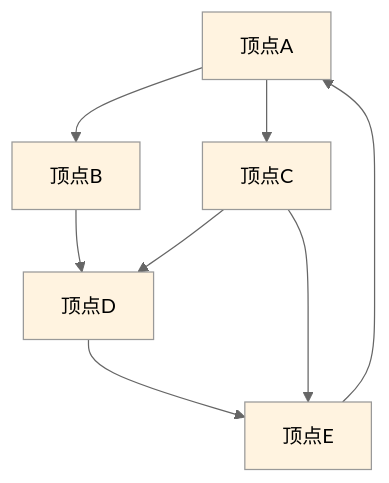
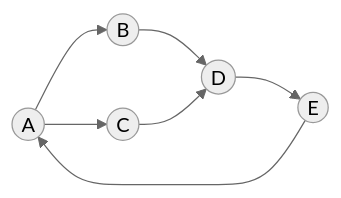
The fifth of 7 diagrams in 00.通用技术的提升/08.数据结构算法/02.数据结构设计思想.md (chongyang211/YCBookBlog), drawn with Mermaid (neutral theme) before and after one commit. The commit also changed other lines of this file and 194 other files, not shown here.

````diff
--- a/00.通用技术的提升/08.数据结构算法/02.数据结构设计思想.md
+++ b/00.通用技术的提升/08.数据结构算法/02.数据结构设计思想.md
@@ -596,16 +169,9 @@
 ```mermaid
-graph TD
-    A[顶点A] --> B[顶点B]
-    A --> C[顶点C]
-    B --> D[顶点D]
+graph LR
+    A((A)) --> B((B))
+    A --> C((C))
+    B --> D((D))
     C --> D
-    C --> E[顶点E]
-    D --> E
+    D --> E((E))
     E --> A
-    
-    style A fill:#fff3e0
-    style B fill:#fff3e0
-    style C fill:#fff3e0
-    style D fill:#fff3e0
-    style E fill:#fff3e0
 ```
````
